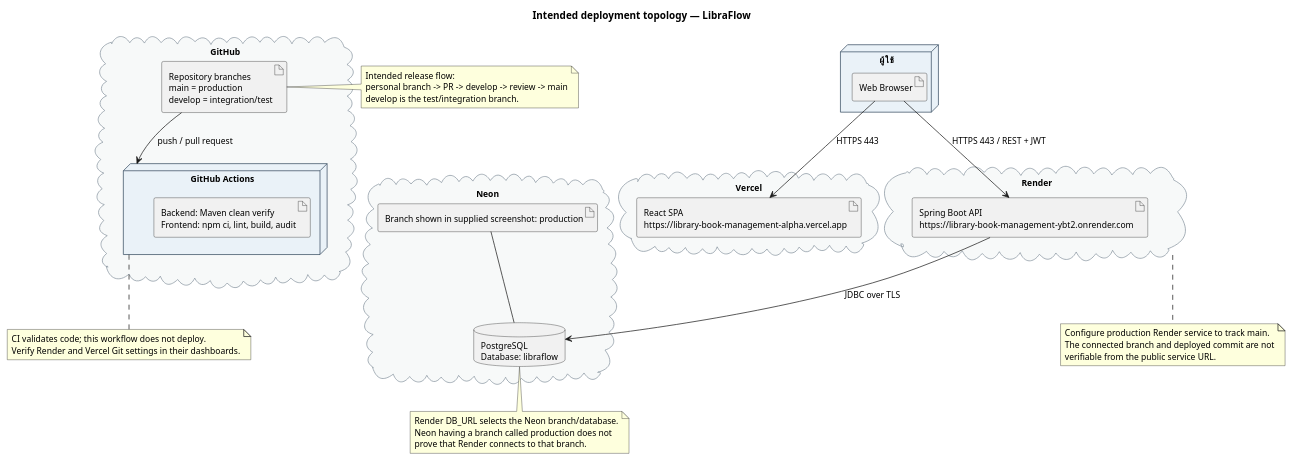
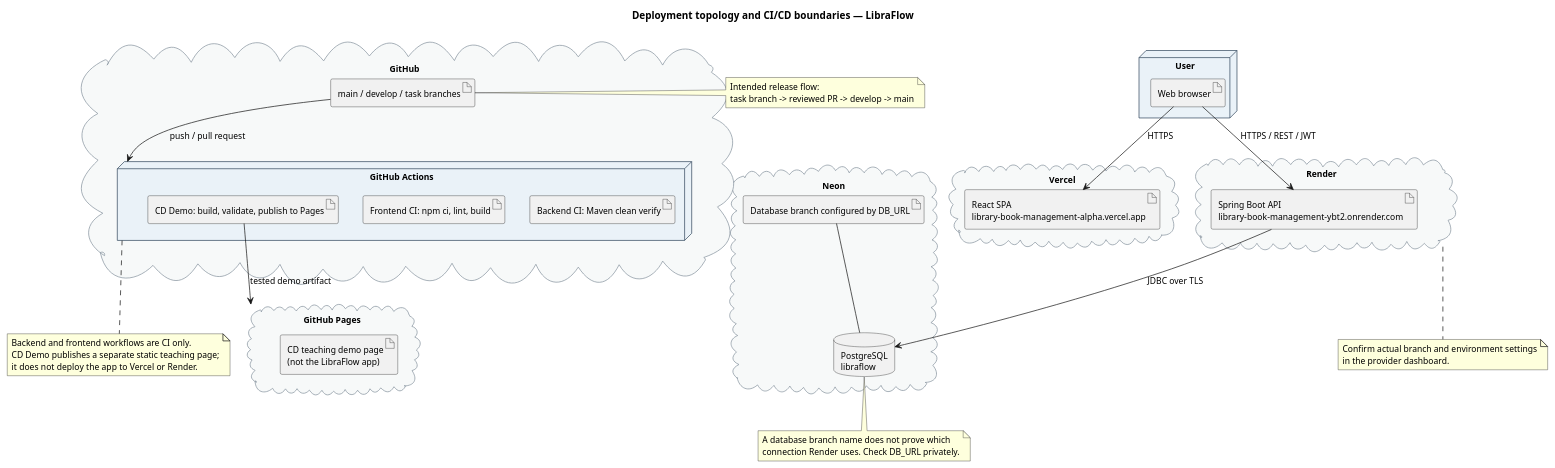
Before and after one commit to boatrocl/library_book_management: the diagram in doc/diagrams/13-deployment-diagram.puml, drawn with PlantUML. The commit also changed 34 other files, not shown here.

Commit message:
docs: synchronize UML diagrams and exports

```diff
--- a/doc/diagrams/13-deployment-diagram.puml
+++ b/doc/diagrams/13-deployment-diagram.puml
@@ -1,69 +1,74 @@
 @startuml 13-deployment-diagram
-title Intended deployment topology — LibraFlow
+title Deployment topology and CI/CD boundaries — LibraFlow
 
 skinparam defaultFontName "Tahoma"
 skinparam defaultFontSize 12
 skinparam shadowing false
 skinparam node {
   BackgroundColor #EAF2F8
   BorderColor #34495E
 }
 skinparam cloud {
   BackgroundColor #F7F9F9
   BorderColor #85929E
 }
 
-node "ผู้ใช้" as CLIENT {
-  artifact "Web Browser" as BROWSER
+node "User" as CLIENT {
+  artifact "Web browser" as BROWSER
 }
 
 cloud "Vercel" as VERCEL {
-  artifact "React SPA\nhttps://library-book-management-alpha.vercel.app" as FRONTEND
+  artifact "React SPA\nlibrary-book-management-alpha.vercel.app" as FRONTEND
 }
 
 cloud "Render" as RENDER {
-  artifact "Spring Boot API\nhttps://library-book-management-ybt2.onrender.com" as BACKEND
+  artifact "Spring Boot API\nlibrary-book-management-ybt2.onrender.com" as BACKEND
 }
 
 cloud "Neon" as NEON {
-  database "PostgreSQL\nDatabase: libraflow" as DB
-  artifact "Branch shown in supplied screenshot: production" as NEON_BRANCH
+  database "PostgreSQL\nlibraflow" as DB
+  artifact "Database branch configured by DB_URL" as NEON_BRANCH
 }
 
 cloud "GitHub" as GITHUB {
-  artifact "Repository branches\nmain = production\ndevelop = integration/test" as REPO
+  artifact "main / develop / task branches" as REPO
   node "GitHub Actions" as CI {
-    artifact "Backend: Maven clean verify\nFrontend: npm ci, lint, build, audit" as CHECKS
+    artifact "Backend CI: Maven clean verify" as BACKEND_CI
+    artifact "Frontend CI: npm ci, lint, build" as FRONTEND_CI
+    artifact "CD Demo: build, validate, publish to Pages" as DEMO_CI_CD
   }
 }
 
-BROWSER --> FRONTEND : HTTPS 443
-BROWSER --> BACKEND : HTTPS 443 / REST + JWT
+cloud "GitHub Pages" as PAGES {
+  artifact "CD teaching demo page\n(not the LibraFlow app)" as DEMO_PAGE
+}
+
+BROWSER --> FRONTEND : HTTPS
+BROWSER --> BACKEND : HTTPS / REST / JWT
 BACKEND --> DB : JDBC over TLS
 NEON_BRANCH -- DB
 REPO --> CI : push / pull request
+DEMO_CI_CD --> PAGES : tested demo artifact
 
 note right of REPO
   Intended release flow:
-  personal branch -> PR -> develop -> review -> main
-  develop is the test/integration branch.
+  task branch -> reviewed PR -> develop -> main
+end note
+
+note bottom of CI
+  Backend and frontend workflows are CI only.
+  CD Demo publishes a separate static teaching page;
+  it does not deploy the app to Vercel or Render.
 end note
 
 note bottom of RENDER
-  Configure production Render service to track main.
-  The connected branch and deployed commit are not
-  verifiable from the public service URL.
+  Confirm actual branch and environment settings
+  in the provider dashboard.
 end note
 
 note bottom of DB
-  Render DB_URL selects the Neon branch/database.
-  Neon having a branch called production does not
-  prove that Render connects to that branch.
-end note
-
-note bottom of CI
-  CI validates code; this workflow does not deploy.
-  Verify Render and Vercel Git settings in their dashboards.
+  A database branch name does not prove which
+  connection Render uses. Check DB_URL privately.
 end note
 
 @enduml
```
